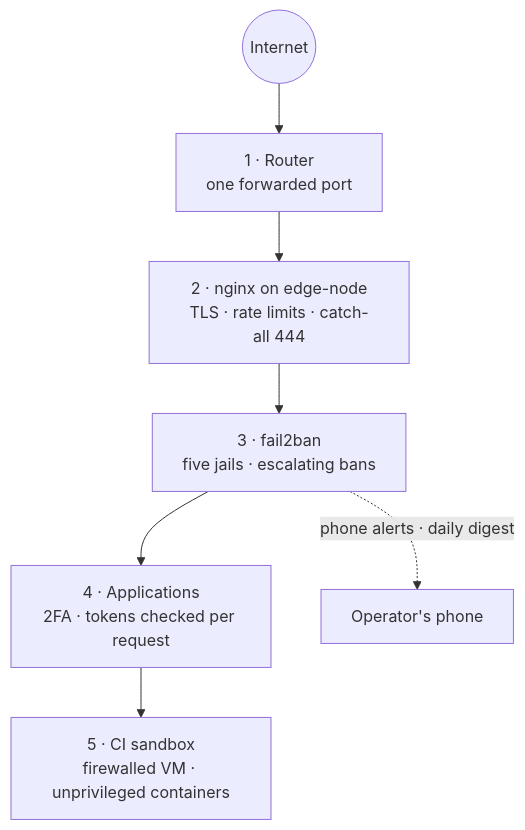
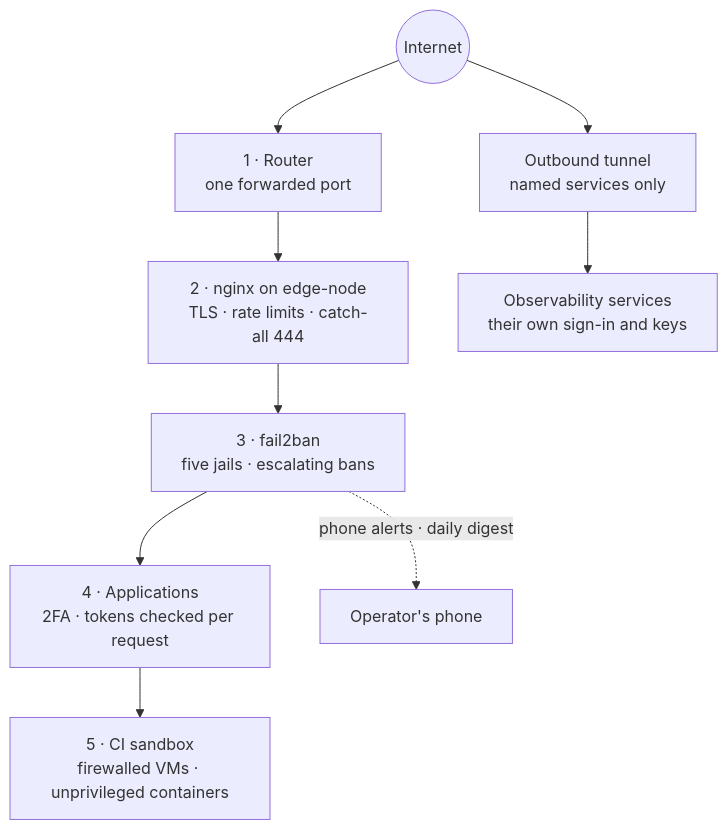
Before and after one commit to tobioj/proxmox-homelab: the diagram in docs/SECURITY.md, drawn with Mermaid. The commit also changed other lines of this file and 8 other files, not shown here.

````diff
--- a/docs/SECURITY.md
+++ b/docs/SECURITY.md
@@ -10,10 +25,12 @@
 ```mermaid
 flowchart TB
     I(("Internet")) --> L1
+    I --> T
     L1["1 · Router<br/>one forwarded port"] --> L2
     L2["2 · nginx on edge-node<br/>TLS · rate limits · catch-all 444"] --> L3
     L3["3 · fail2ban<br/>five jails · escalating bans"] --> L4
     L4["4 · Applications<br/>2FA · tokens checked per request"] --> L5
-    L5["5 · CI sandbox<br/>firewalled VM · unprivileged containers"]
+    L5["5 · CI sandbox<br/>firewalled VMs · unprivileged containers"]
+    T["Outbound tunnel<br/>named services only"] --> TA["Observability services<br/>their own sign-in and keys"]
     L3 -.->|"phone alerts · daily digest"| P["Operator's phone"]
 ```
````
